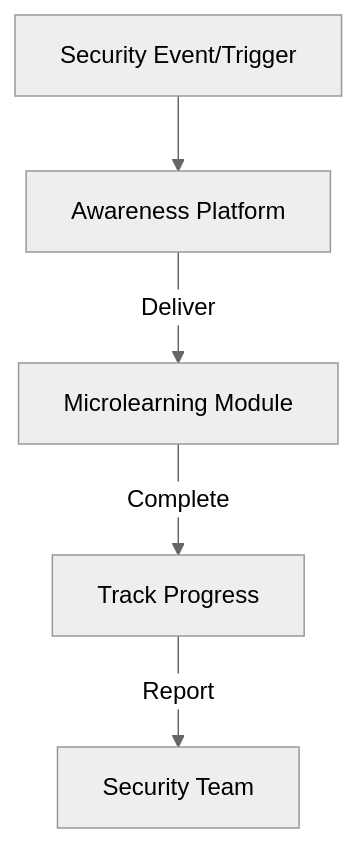
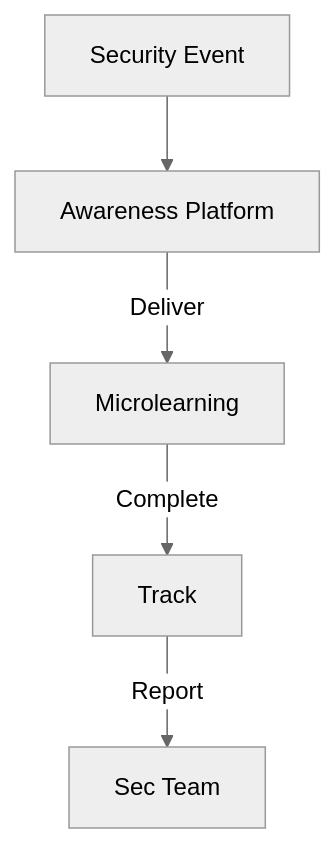
The second of 3 diagrams in pro_workflows/security_awareness.md (TheHaywire/special-waffle), drawn with Mermaid (neutral theme) before and after one commit. The commit also changed other lines of this file and 6 other files, not shown here.

Commit message:
fix: update all Pro Workflow diagrams for domain files to use valid Mermaid node labels (no parens, slashes, or special chars) for GitHub compatibility

````diff
--- a/pro_workflows/security_awareness.md
+++ b/pro_workflows/security_awareness.md
@@ -181,7 +109,7 @@
 ```mermaid
 flowchart TD
-    A[Security Event/Trigger] --> B[Awareness Platform]
-    B -->|Deliver| C[Microlearning Module]
-    C -->|Complete| D[Track Progress]
-    D -->|Report| E[Security Team]
+    A[Security Event] --> B[Awareness Platform]
+    B -->|Deliver| C[Microlearning]
+    C -->|Complete| D[Track]
+    D -->|Report| E[Sec Team]
 ```
````
